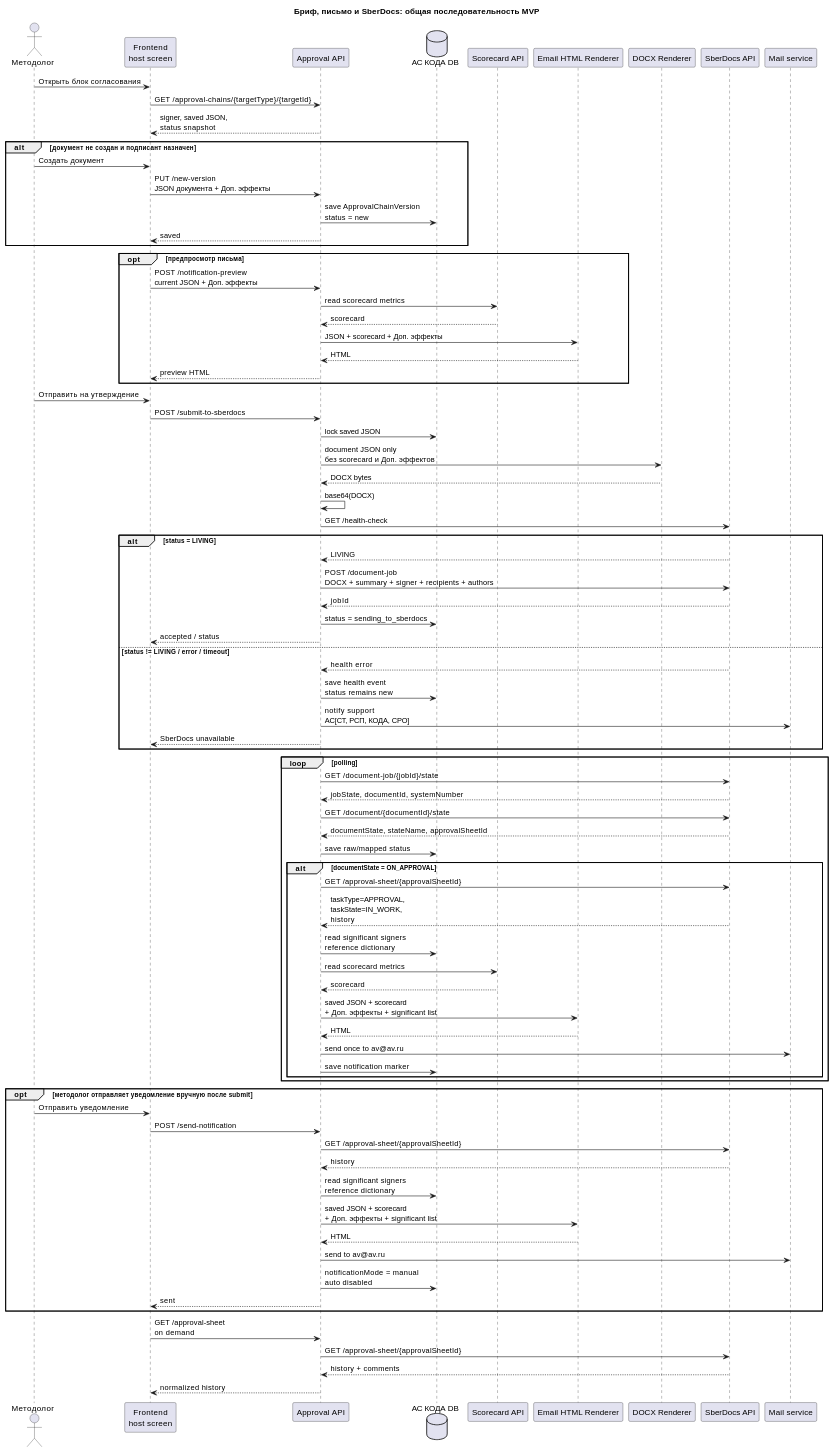
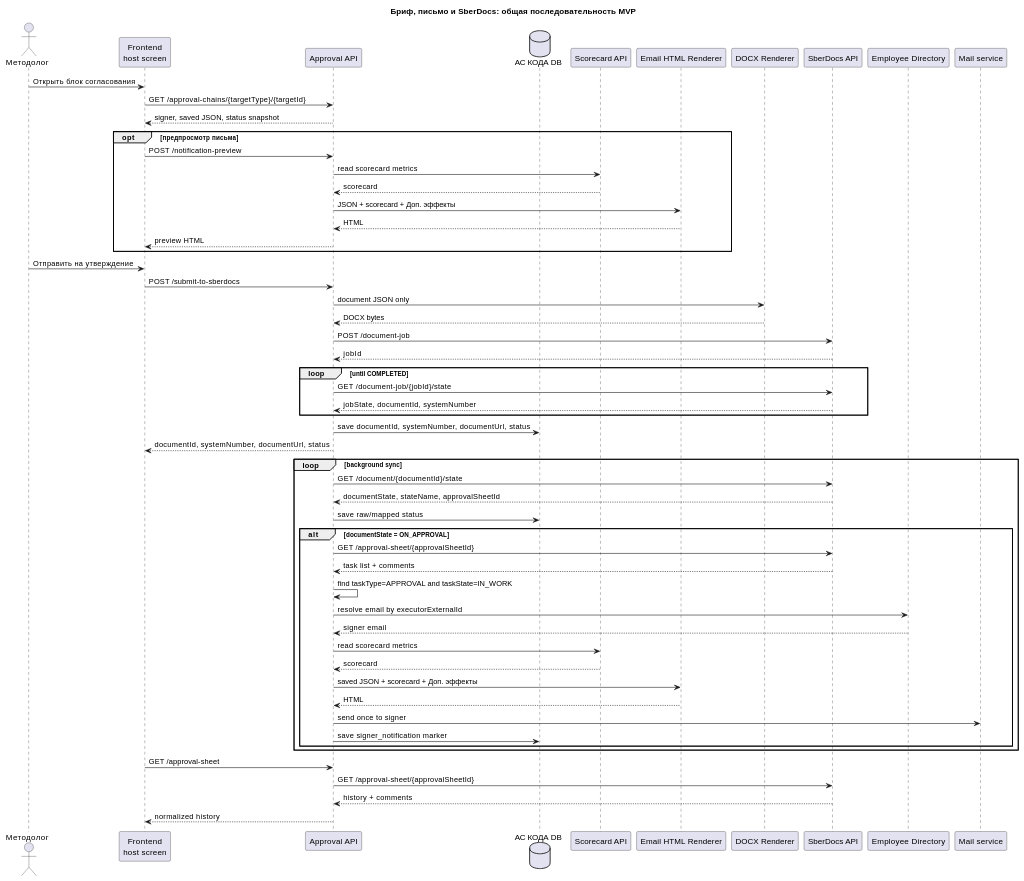
One commit to shuhart75/changeswork-copy changed the second of 2 diagrams in features/approvals/requirements.md. Above: the diagram before and after it, drawn with PlantUML. The commit also changed other lines of this file and 36 other files, not shown here.

```diff
--- a/features/approvals/requirements.md
+++ b/features/approvals/requirements.md
@@ -111,21 +93,15 @@
 participant "Email HTML Renderer" as MailRender
 participant "DOCX Renderer" as Docx
 participant "SberDocs API" as SD
+participant "Employee Directory" as Dir
 participant "Mail service" as Mail
 
 User -> FE : Открыть блок согласования
 FE -> BE : GET /approval-chains/{targetType}/{targetId}
-BE --> FE : signer, saved JSON,\nstatus snapshot
-
-alt документ не создан и подписант назначен
-  User -> FE : Создать документ
-  FE -> BE : PUT /new-version\nJSON документа + Доп. эффекты
-  BE -> DB : save ApprovalChainVersion\nstatus = new
-  BE --> FE : saved
-end
+BE --> FE : signer, saved JSON, status snapshot
 
 opt предпросмотр письма
-  FE -> BE : POST /notification-preview\ncurrent JSON + Доп. эффекты
+  FE -> BE : POST /notification-preview
   BE -> Score : read scorecard metrics
   Score --> BE : scorecard
   BE -> MailRender : JSON + scorecard + Доп. эффекты
@@ -135,57 +111,37 @@
 
 User -> FE : Отправить на утверждение
 FE -> BE : POST /submit-to-sberdocs
-BE -> DB : lock saved JSON
-BE -> Docx : document JSON only\nбез scorecard и Доп. эффектов
+BE -> Docx : document JSON only
 Docx --> BE : DOCX bytes
-BE -> BE : base64(DOCX)
-BE -> SD : GET /health-check
-alt status = LIVING
-  SD --> BE : LIVING
-  BE -> SD : POST /document-job\nDOCX + summary + signer + recipients + authors
-  SD --> BE : jobId
-  BE -> DB : status = sending_to_sberdocs
-  BE --> FE : accepted / status
-else status != LIVING / error / timeout
-  SD --> BE : health error
-  BE -> DB : save health event\nstatus remains new
-  BE -> Mail : notify support\nАС[СТ, РСП, КОДА, СРО]
-  BE --> FE : SberDocs unavailable
-end
-
-loop polling
+BE -> SD : POST /document-job
+SD --> BE : jobId
+loop until COMPLETED
   BE -> SD : GET /document-job/{jobId}/state
   SD --> BE : jobState, documentId, systemNumber
+end
+BE -> DB : save documentId, systemNumber, documentUrl, status
+BE --> FE : documentId, systemNumber, documentUrl, status
+
+loop background sync
   BE -> SD : GET /document/{documentId}/state
   SD --> BE : documentState, stateName, approvalSheetId
   BE -> DB : save raw/mapped status
   alt documentState = ON_APPROVAL
     BE -> SD : GET /approval-sheet/{approvalSheetId}
-    SD --> BE : taskType=APPROVAL,\ntaskState=IN_WORK,\nhistory
-    BE -> DB : read significant signers\nreference dictionary
+    SD --> BE : task list + comments
+    BE -> BE : find taskType=APPROVAL and taskState=IN_WORK
+    BE -> Dir : resolve email by executorExternalId
+    Dir --> BE : signer email
     BE -> Score : read scorecard metrics
     Score --> BE : scorecard
-    BE -> MailRender : saved JSON + scorecard\n+ Доп. эффекты + significant list
+    BE -> MailRender : saved JSON + scorecard + Доп. эффекты
     MailRender --> BE : HTML
-    BE -> Mail : send once to av@av.ru
-    BE -> DB : save notification marker
+    BE -> Mail : send once to signer
+    BE -> DB : save signer_notification marker
   end
 end
 
-opt методолог отправляет уведомление вручную после submit
-  User -> FE : Отправить уведомление
-  FE -> BE : POST /send-notification
-  BE -> SD : GET /approval-sheet/{approvalSheetId}
-  SD --> BE : history
-  BE -> DB : read significant signers\nreference dictionary
-  BE -> MailRender : saved JSON + scorecard\n+ Доп. эффекты + significant list
-  MailRender --> BE : HTML
-  BE -> Mail : send to av@av.ru
-  BE -> DB : notificationMode = manual\nauto disabled
-  BE --> FE : sent
-end
-
-FE -> BE : GET /approval-sheet\non demand
+FE -> BE : GET /approval-sheet
 BE -> SD : GET /approval-sheet/{approvalSheetId}
 SD --> BE : history + comments
 BE --> FE : normalized history
```
